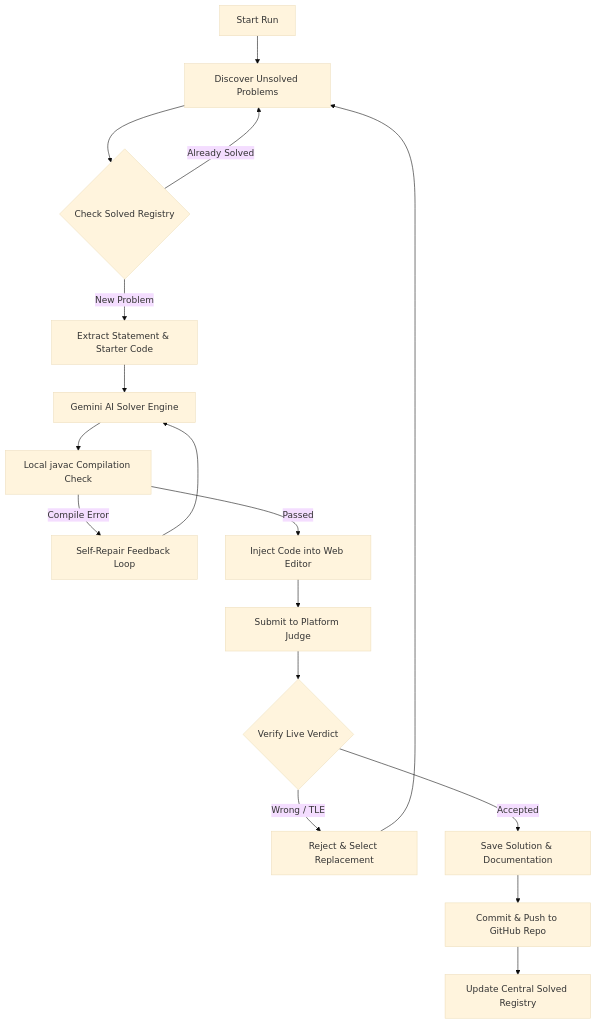
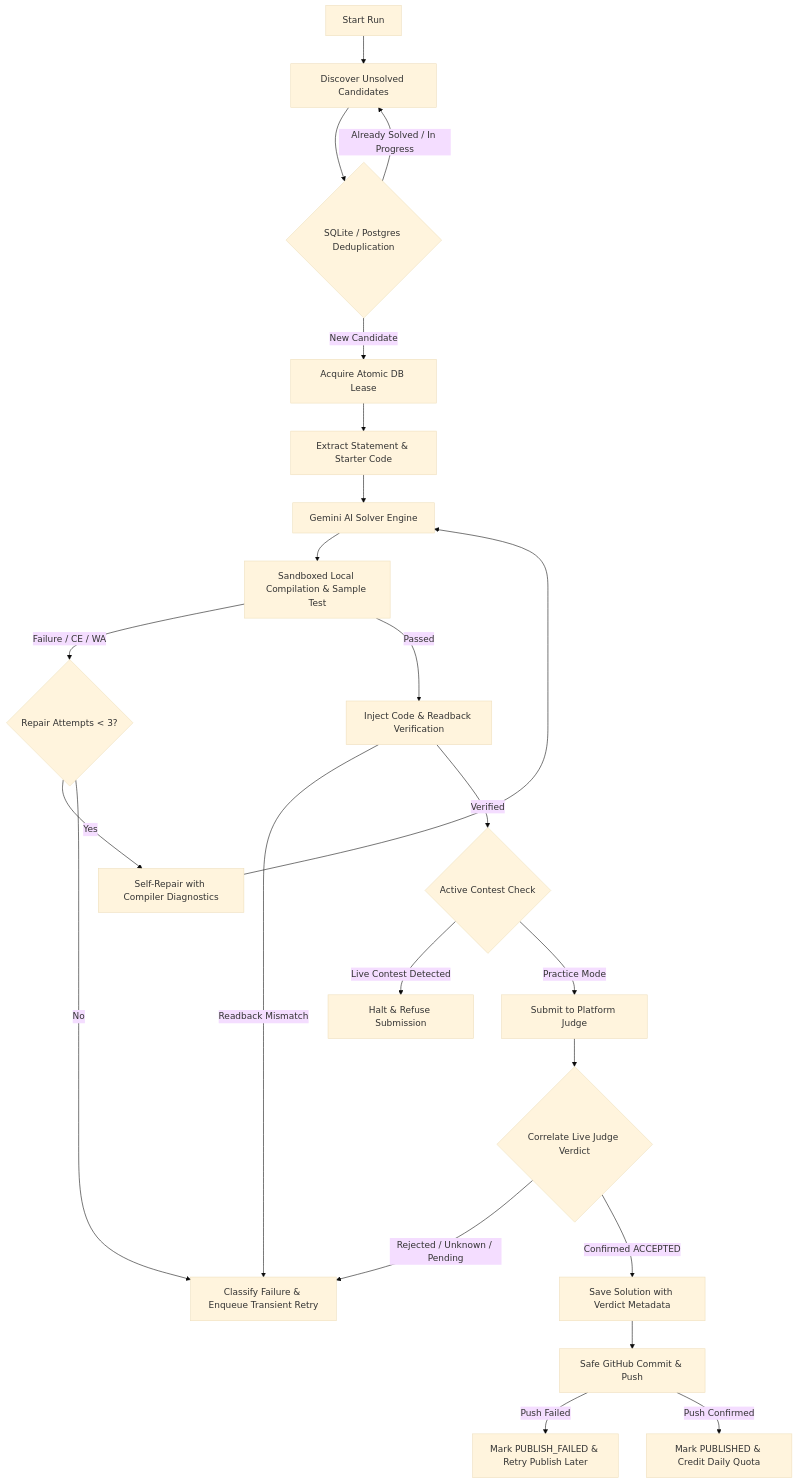
One commit to Vinay-711/autonomous-coding-bot changed the diagram in README.md. Above: the diagram before and after it, drawn with Mermaid (base theme). The commit also changed other lines of this file and 11 other files, not shown here.

````diff
--- a/README.md
+++ b/README.md
@@ -34,19 +35,25 @@
 ```mermaid
 flowchart TD
-    A[Start Run] --> B[Discover Unsolved Problems]
-    B --> C{Check Solved Registry}
-    C -->|Already Solved| B
-    C -->|New Problem| D[Extract Statement & Starter Code]
-    D --> E[Gemini AI Solver Engine]
-    E --> F[Local javac Compilation Check]
-    F -->|Compile Error| G[Self-Repair Feedback Loop]
-    G --> E
-    F -->|Passed| H[Inject Code into Web Editor]
-    H --> I[Submit to Platform Judge]
-    I --> J{Verify Live Verdict}
-    J -->|Wrong / TLE| K[Reject & Select Replacement]
-    K --> B
-    J -->|Accepted| L[Save Solution & Documentation]
-    L --> M[Commit & Push to GitHub Repo]
-    M --> N[Update Central Solved Registry]
+    A[Start Run] --> B[Discover Unsolved Candidates]
+    B --> C{SQLite / Postgres Deduplication}
+    C -->|Already Solved / In Progress| B
+    C -->|New Candidate| D[Acquire Atomic DB Lease]
+    D --> E[Extract Statement & Starter Code]
+    E --> F[Gemini AI Solver Engine]
+    F --> G[Sandboxed Local Compilation & Sample Test]
+    G -->|Failure / CE / WA| H{Repair Attempts < 3?}
+    H -->|Yes| I[Self-Repair with Compiler Diagnostics]
+    I --> F
+    H -->|No| J[Classify Failure & Enqueue Transient Retry]
+    G -->|Passed| K[Inject Code & Readback Verification]
+    K -->|Readback Mismatch| J
+    K -->|Verified| L{Active Contest Check}
+    L -->|Live Contest Detected| M[Halt & Refuse Submission]
+    L -->|Practice Mode| N[Submit to Platform Judge]
+    N --> O{Correlate Live Judge Verdict}
+    O -->|Rejected / Unknown / Pending| J
+    O -->|Confirmed ACCEPTED| P[Save Solution with Verdict Metadata]
+    P --> Q[Safe GitHub Commit & Push]
+    Q -->|Push Failed| R[Mark PUBLISH_FAILED & Retry Publish Later]
+    Q -->|Push Confirmed| S[Mark PUBLISHED & Credit Daily Quota]
 ```
````
